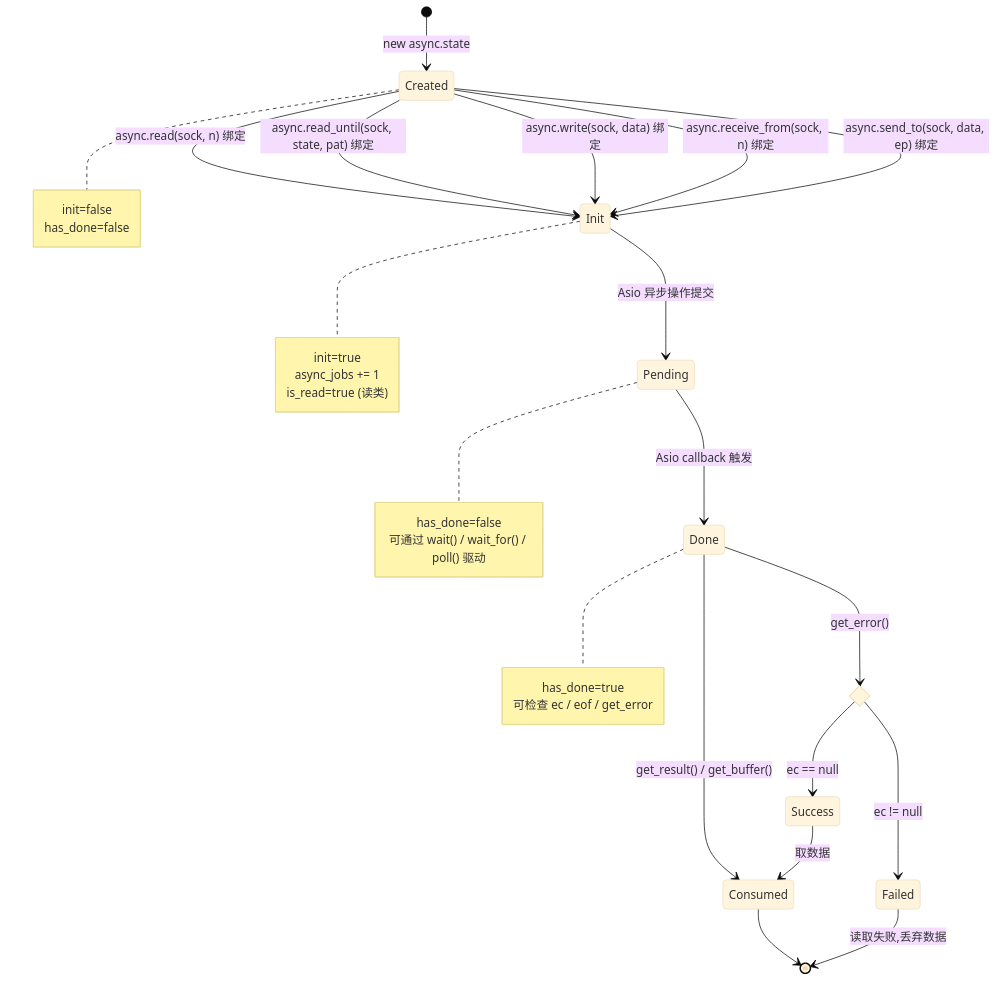
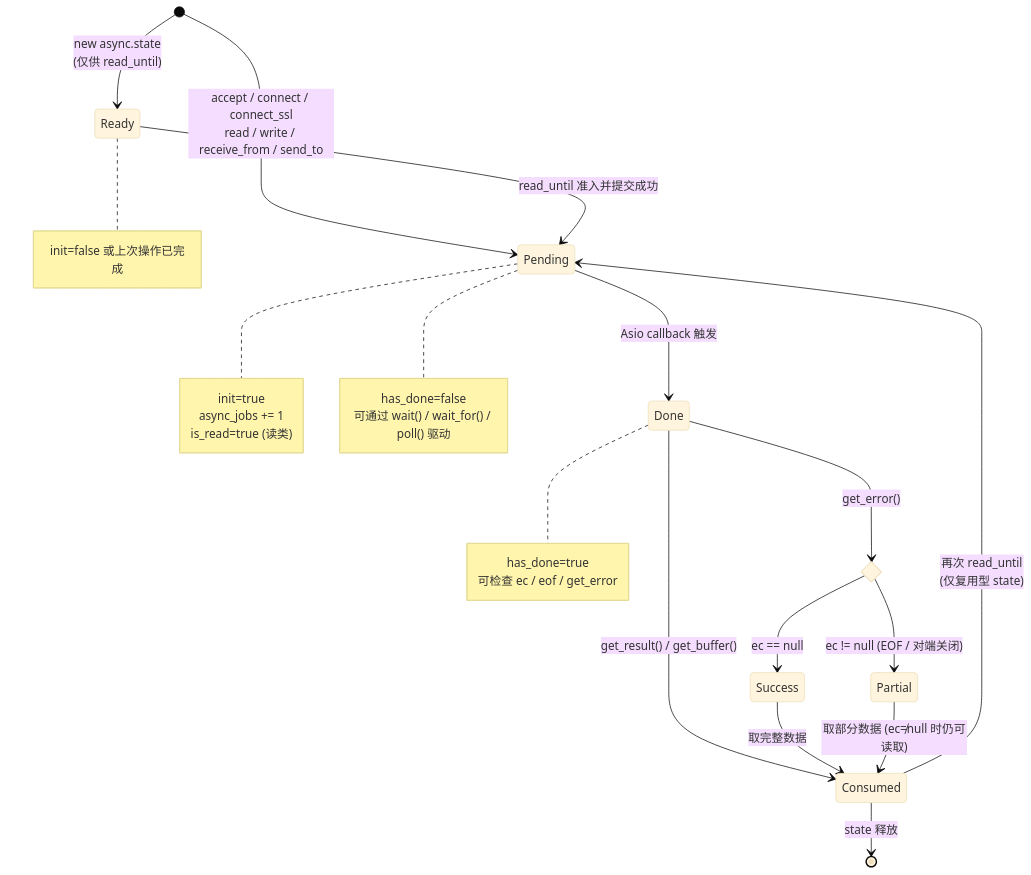
Before and after one commit to covscript/covscript-network: the fifth of 9 diagrams in docs/async-architecture.md, drawn with Mermaid (base theme). The commit also changed other lines of this file and 23 other files, not shown here.

````diff
--- a/docs/async-architecture.md
+++ b/docs/async-architecture.md
@@ -238,28 +257,23 @@
 ```mermaid
 stateDiagram-v2
-    [*] --> Created: new async.state
-    Created --> Init: async.read(sock, n) 绑定
-    Created --> Init: async.read_until(sock, state, pat) 绑定
-    Created --> Init: async.write(sock, data) 绑定
-    Created --> Init: async.receive_from(sock, n) 绑定
-    Created --> Init: async.send_to(sock, data, ep) 绑定
-    note right of Created: init=false<br/>has_done=false
-
-    Init --> Pending: Asio 异步操作提交
-    note right of Init: init=true<br/>async_jobs += 1<br/>is_read=true (读类)
+    [*] --> Ready: new async.state<br/>(仅供 read_until)
+    [*] --> Pending: accept / connect / connect_ssl<br/>read / write / receive_from / send_to
+    Ready --> Pending: read_until 准入并提交成功
+    note right of Ready: init=false 或上次操作已完成
+    note right of Pending: init=true<br/>async_jobs += 1<br/>is_read=true (读类)
 
     Pending --> Done: Asio callback 触发
     note right of Pending: has_done=false<br/>可通过 wait() / wait_for() / poll() 驱动
 
     Done --> Consumed: get_result() / get_buffer()
     note right of Done: has_done=true<br/>可检查 ec / eof / get_error
-
-    Consumed --> [*]
+    Consumed --> Pending: 再次 read_until<br/>(仅复用型 state)
+    Consumed --> [*]: state 释放
 
     state Error_check <<choice>>
     Done --> Error_check: get_error()
     Error_check --> Success: ec == null
-    Error_check --> Failed: ec != null
-    Success --> Consumed: 取数据
-    Failed --> [*]: 读取失败,丢弃数据
+    Error_check --> Partial: ec != null (EOF / 对端关闭)
+    Success --> Consumed: 取完整数据
+    Partial --> Consumed: 取部分数据 (ec≠null 时仍可读取)
 ```
````
